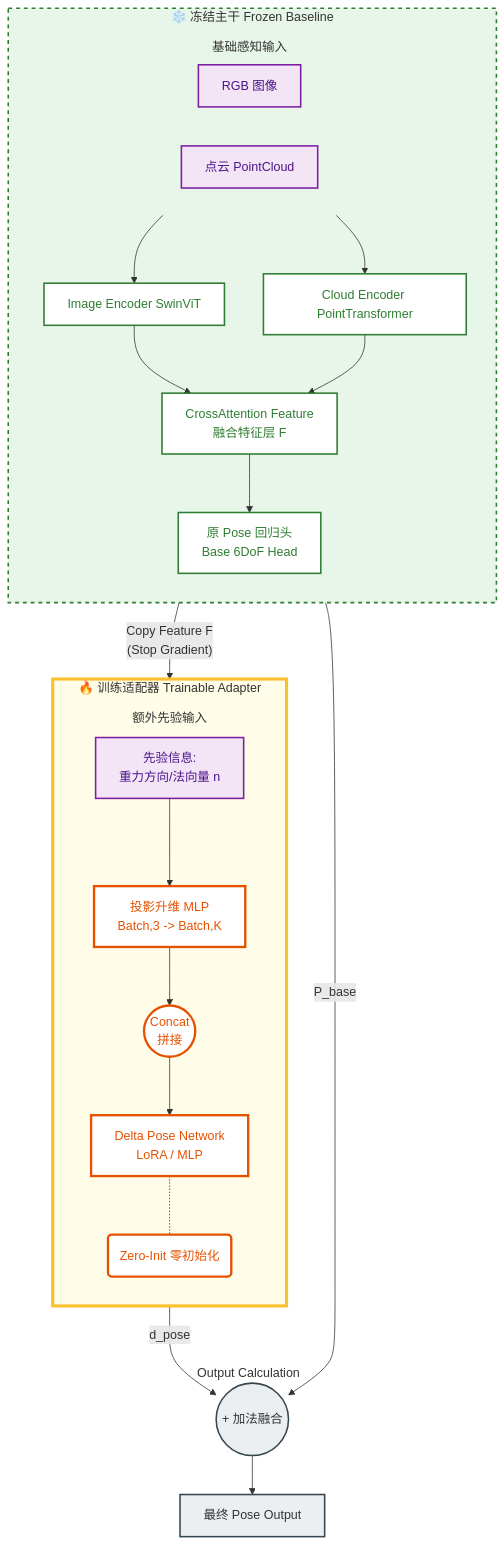
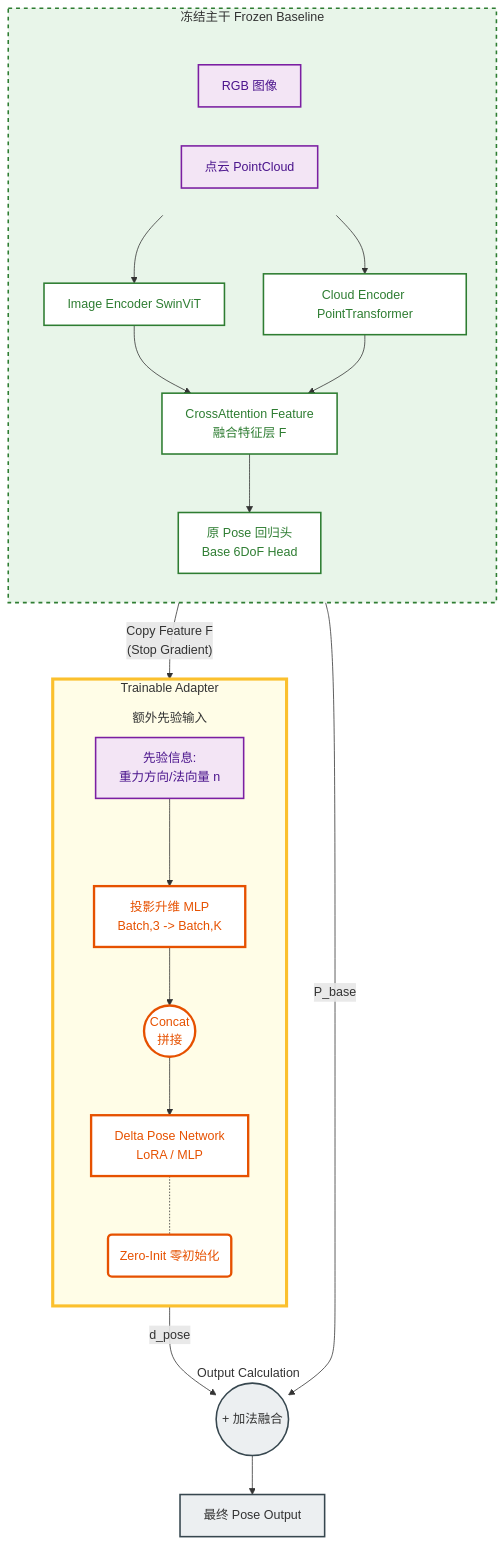
The diagram in all/未命名.md (liuxiangdi/iodraw-files), drawn with Mermaid before and after one commit.

Commit message:
2026-01-19 21:14:05 update

````diff
--- a/all/未命名.md
+++ b/all/未命名.md
@@ -17,10 +17,10 @@
     %% ================= 布局结构 =================
     
     %% ---------------- 左侧：冻结区域 (背景设置为绿色) ----------------
-    subgraph LEFT_ZONE [❄️ 冻结主干 Frozen Baseline]
+    subgraph LEFT_ZONE [冻结主干 Frozen Baseline]
         direction TB
         
-        subgraph INPUTS_L [基础感知输入]
+        subgraph INPUTS_L [ ]
             direction LR
             Img[RGB 图像]:::inputNode
             PC[点云 PointCloud]:::inputNode
@@ -42,7 +42,7 @@
     end
 
     %% ---------------- 右侧：训练区域 (背景设置为黄色) ----------------
-    subgraph RIGHT_ZONE [🔥 训练适配器 Trainable Adapter]
+    subgraph RIGHT_ZONE [Trainable Adapter]
         direction TB
         
         subgraph INPUTS_R [额外先验输入]
@@ -93,5 +93,4 @@
     style INPUTS_L fill:none,stroke:none
     style INPUTS_R fill:none,stroke:none
     style OUTPUT_ZONE fill:none,stroke:none
-
 ```
````
